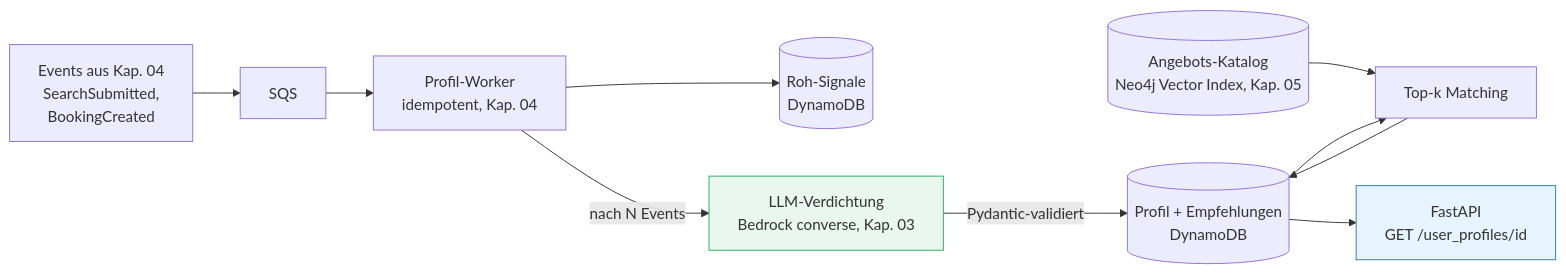
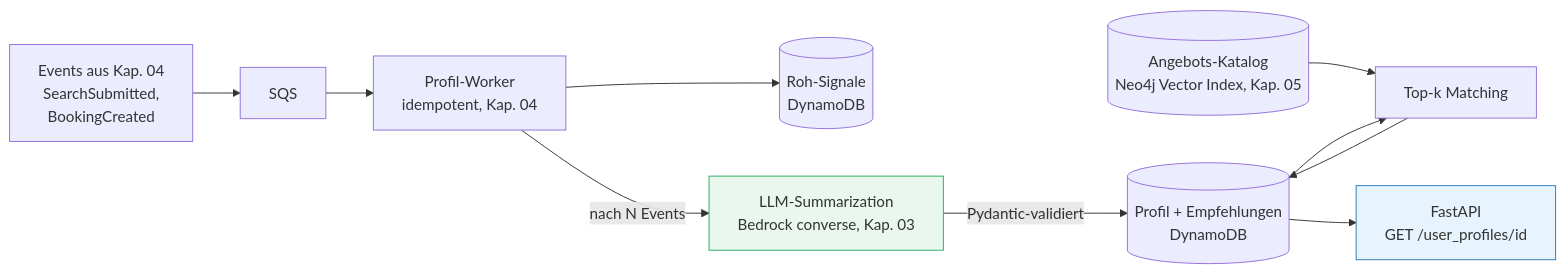
Before and after one commit to AndreyBulezyuk/Architecting_AI_Ready_Software: the diagram in tag-1/06-praxis-benutzerprofil/theorie.md, drawn with Mermaid. The commit also changed other lines of this file and 51 other files, not shown here.

````diff
--- a/tag-1/06-praxis-benutzerprofil/theorie.md
+++ b/tag-1/06-praxis-benutzerprofil/theorie.md
@@ -76,12 +76,12 @@
 ```mermaid
 flowchart LR
     E[Events aus Kap. 04\nSearchSubmitted,\nBookingCreated] --> Q[SQS] --> W[Profil-Worker\nidempotent, Kap. 04]
     W --> R[(Roh-Signale\nDynamoDB)]
-    W -->|nach N Events| L[LLM-Verdichtung\nBedrock converse, Kap. 03]
+    W -->|nach N Events| L[LLM-Summarization\nBedrock converse, Kap. 03]
     L -->|Pydantic-validiert| P[(Profil + Empfehlungen\nDynamoDB)]
     O[(Angebots-Katalog\nNeo4j Vector Index, Kap. 05)] --> M[Top-k Matching]
     P --> M --> P
     P --> API[FastAPI\nGET /user_profiles/id]
     style L fill:#e9f7ef,stroke:#27ae60
     style API fill:#e8f4fd,stroke:#2b7bb9
 ```
````
